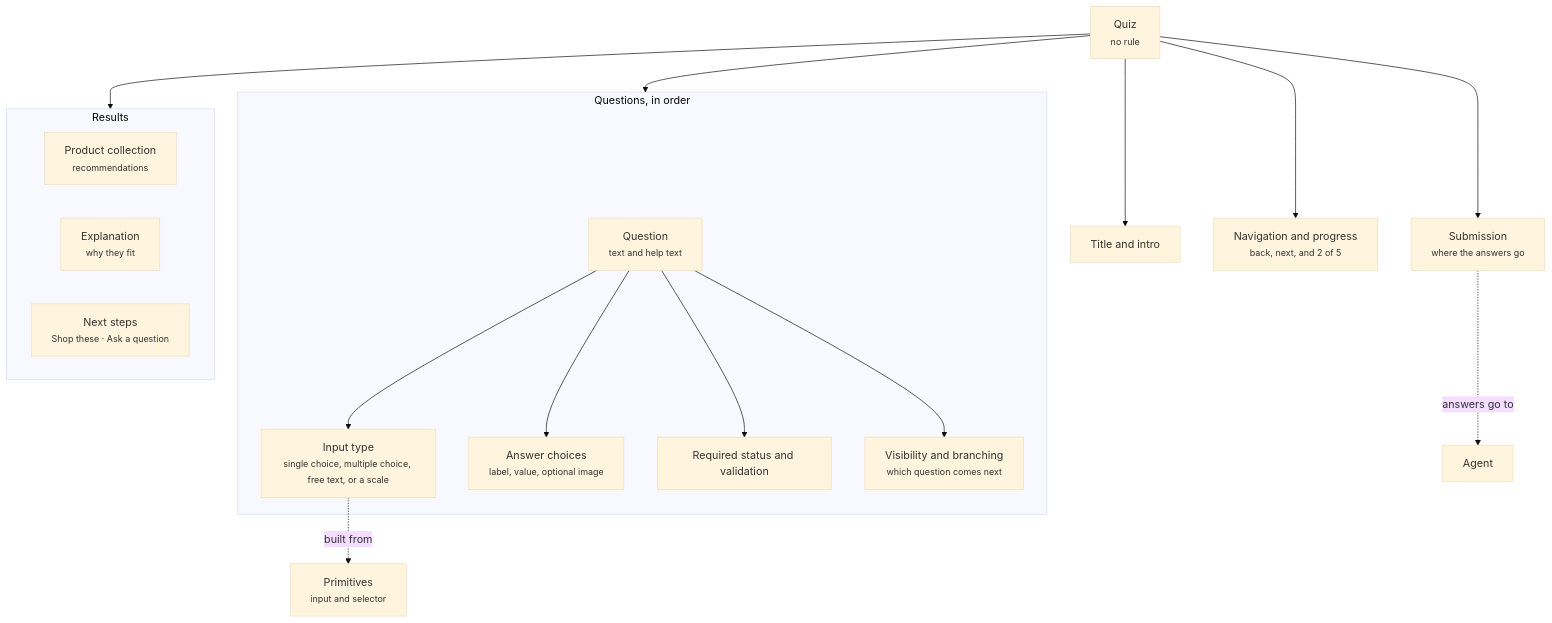
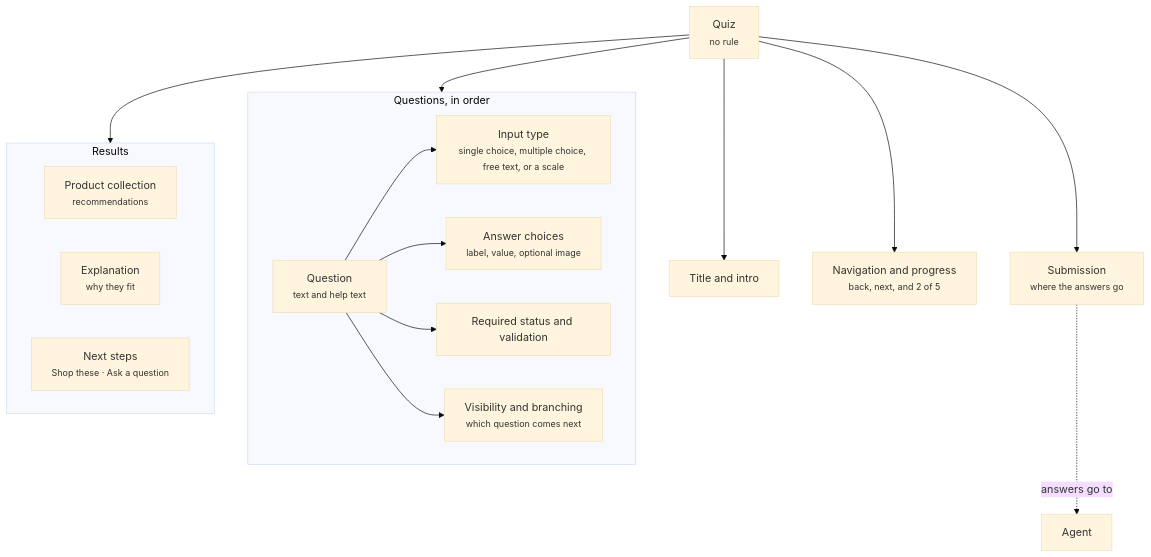
Before and after one commit to crossword-ai/docs: the diagram in components/interactive/quiz.mdx, drawn with Mermaid (base theme). The commit also changed other lines of this file and 89 other files, not shown here.

````diff
--- a/components/interactive/quiz.mdx
+++ b/components/interactive/quiz.mdx
@@ -12,25 +16,23 @@
 ```mermaid
 flowchart TB
   QZ["Quiz<br/><small>no rule</small>"]
   QZ --> INTRO["Title and intro"]
   QZ --> QS
   QZ --> NAV["Navigation and progress<br/><small>back, next, and 2 of 5</small>"]
   QZ --> SUB["Submission<br/><small>where the answers go</small>"]
   QZ --> RES
   subgraph QS["Questions, in order"]
     Q["Question<br/><small>text and help text</small>"]
     Q --> IT["Input type<br/><small>single choice, multiple choice, free text, or a scale</small>"]
     Q --> AC["Answer choices<br/><small>label, value, optional image</small>"]
     Q --> RV["Required status and validation"]
     Q --> BR["Visibility and branching<br/><small>which question comes next</small>"]
   end
   subgraph RES["Results"]
     RC["Product collection<br/><small>recommendations</small>"]
     RE["Explanation<br/><small>why they fit</small>"]
     RN["Next steps<br/><small>Shop these · Ask a question</small>"]
   end
-  PRIM["Primitives<br/><small>input and selector</small>"]
-  IT -. "built from" .-> PRIM
   AG["Agent"]
   SUB -. "answers go to" .-> AG
 ```
````
